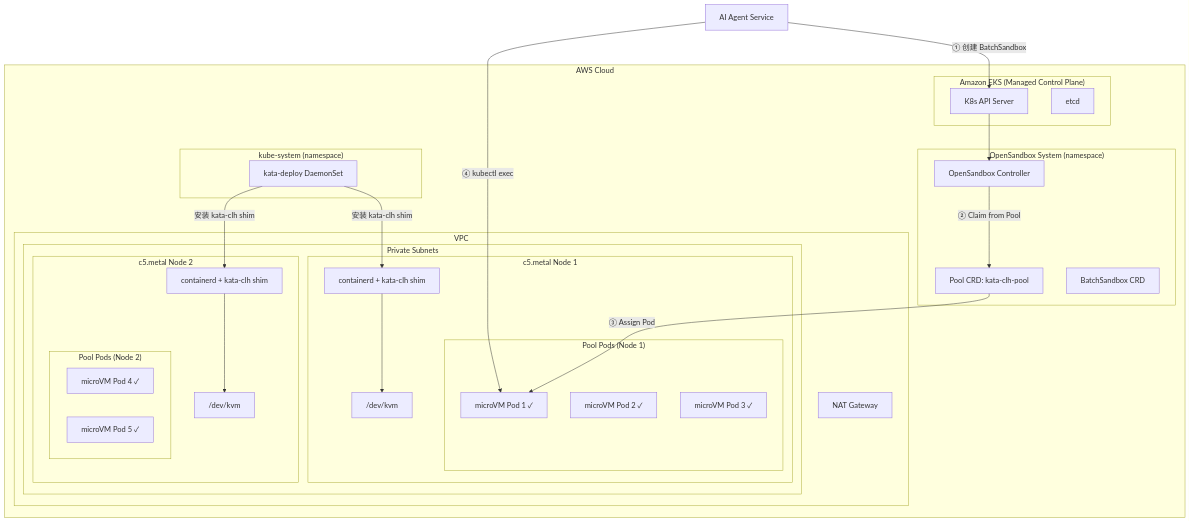
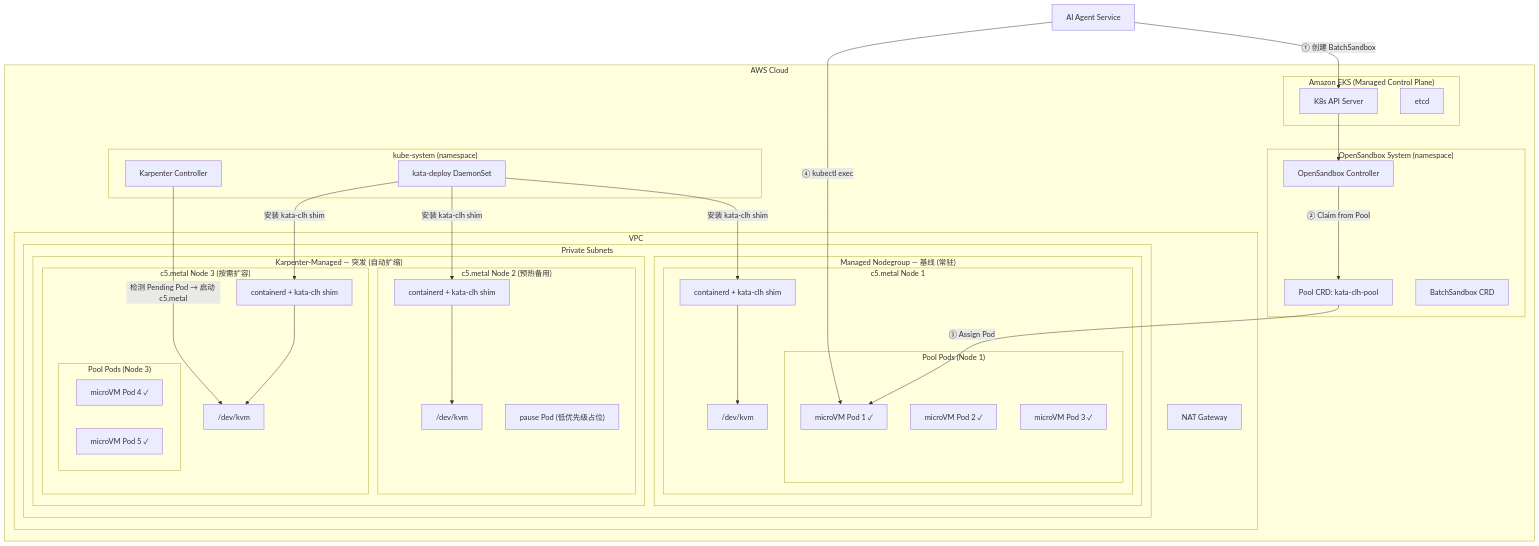
One commit to chinapanpan/agentruntime changed the first of 3 diagrams in docs/architecture-kata-clh.md. Above: the diagram before and after it, drawn with Mermaid. The commit also changed other lines of this file and 1 other file, not shown here.

First line of the commit message:
Add Karpenter c5.metal auto-scaling with pause pod pre-warming

````diff
--- a/docs/architecture-kata-clh.md
+++ b/docs/architecture-kata-clh.md
@@ -12,53 +12,66 @@
 ```mermaid
 graph TB
     subgraph "AWS Cloud"
         subgraph "Amazon EKS (Managed Control Plane)"
             API["K8s API Server"]
             ETCD["etcd"]
         end
 
         subgraph "VPC"
             subgraph "Private Subnets"
-                subgraph "c5.metal Node 1"
-                    KVM1["/dev/kvm"]
-                    CD1["containerd + kata-clh shim"]
-                    subgraph "Pool Pods (Node 1)"
-                        P1["microVM Pod 1 ✓"]
-                        P2["microVM Pod 2 ✓"]
-                        P3["microVM Pod 3 ✓"]
+                subgraph "Managed Nodegroup — 基线 (常驻)"
+                    subgraph "c5.metal Node 1"
+                        KVM1["/dev/kvm"]
+                        CD1["containerd + kata-clh shim"]
+                        subgraph "Pool Pods (Node 1)"
+                            P1["microVM Pod 1 ✓"]
+                            P2["microVM Pod 2 ✓"]
+                            P3["microVM Pod 3 ✓"]
+                        end
                     end
                 end
-                subgraph "c5.metal Node 2"
-                    KVM2["/dev/kvm"]
-                    CD2["containerd + kata-clh shim"]
-                    subgraph "Pool Pods (Node 2)"
-                        P4["microVM Pod 4 ✓"]
-                        P5["microVM Pod 5 ✓"]
+                subgraph "Karpenter-Managed — 突发 (自动扩缩)"
+                    subgraph "c5.metal Node 2 (预热备用)"
+                        KVM2["/dev/kvm"]
+                        CD2["containerd + kata-clh shim"]
+                        PAUSE["pause Pod (低优先级占位)"]
+                    end
+                    subgraph "c5.metal Node 3 (按需扩容)"
+                        KVM3["/dev/kvm"]
+                        CD3["containerd + kata-clh shim"]
+                        subgraph "Pool Pods (Node 3)"
+                            P4["microVM Pod 4 ✓"]
+                            P5["microVM Pod 5 ✓"]
+                        end
                     end
                 end
             end
             NAT["NAT Gateway"]
         end
 
         subgraph "OpenSandbox System (namespace)"
             CTRL["OpenSandbox Controller"]
             POOL["Pool CRD: kata-clh-pool"]
             BATCH["BatchSandbox CRD"]
         end
 
         subgraph "kube-system (namespace)"
+            KARP["Karpenter Controller"]
             KATA["kata-deploy DaemonSet"]
         end
     end
 
     Agent["AI Agent Service"] -->|"① 创建 BatchSandbox"| API
     API --> CTRL
     CTRL -->|"② Claim from Pool"| POOL
     POOL -->|"③ Assign Pod"| P1
     Agent -->|"④ kubectl exec"| P1
 
+    KARP -->|"检测 Pending Pod → 启动 c5.metal"| KVM3
     KATA -->|"安装 kata-clh shim"| CD1
     KATA -->|"安装 kata-clh shim"| CD2
+    KATA -->|"安装 kata-clh shim"| CD3
     CD1 --> KVM1
     CD2 --> KVM2
+    CD3 --> KVM3
 ```
````
